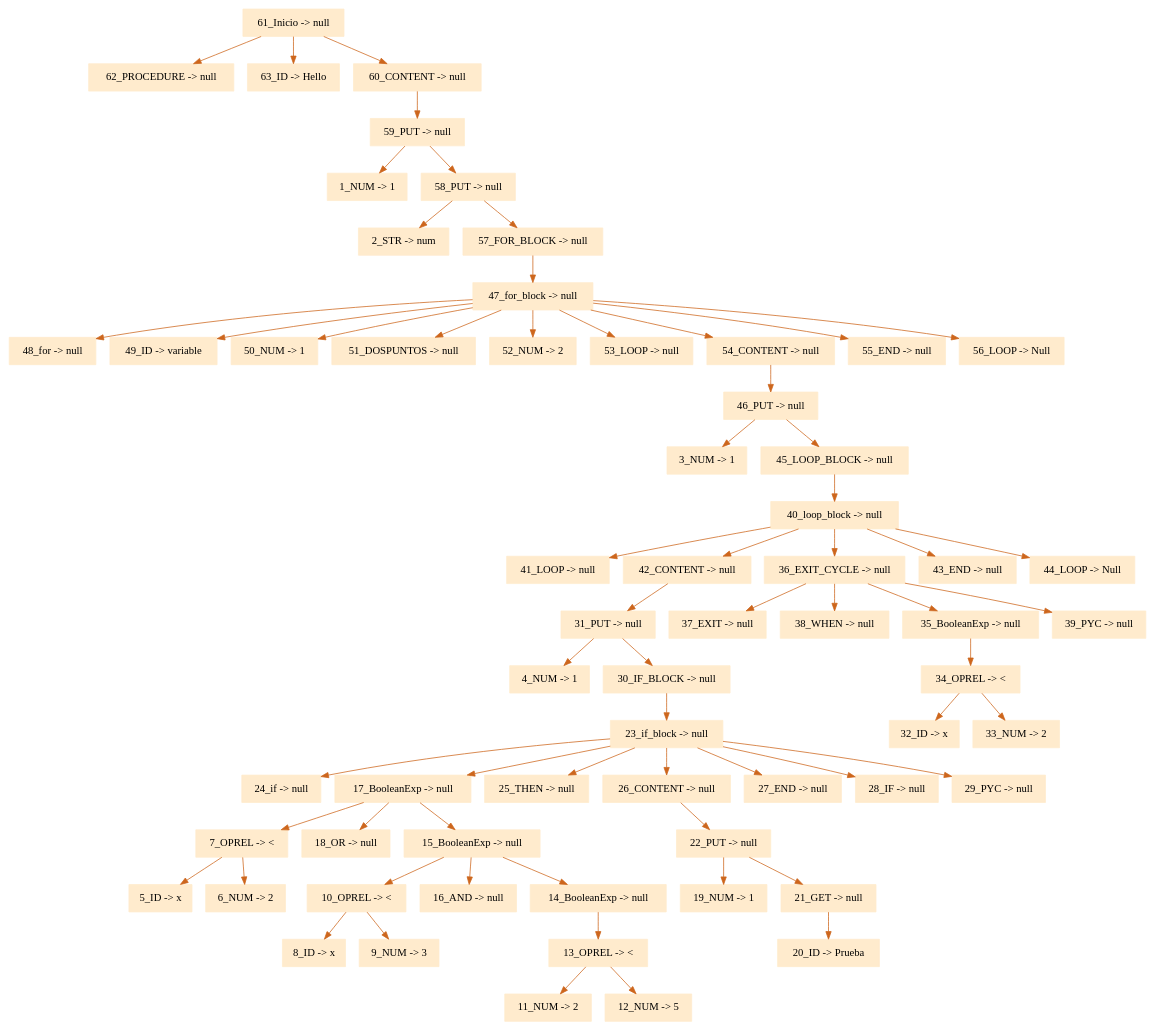
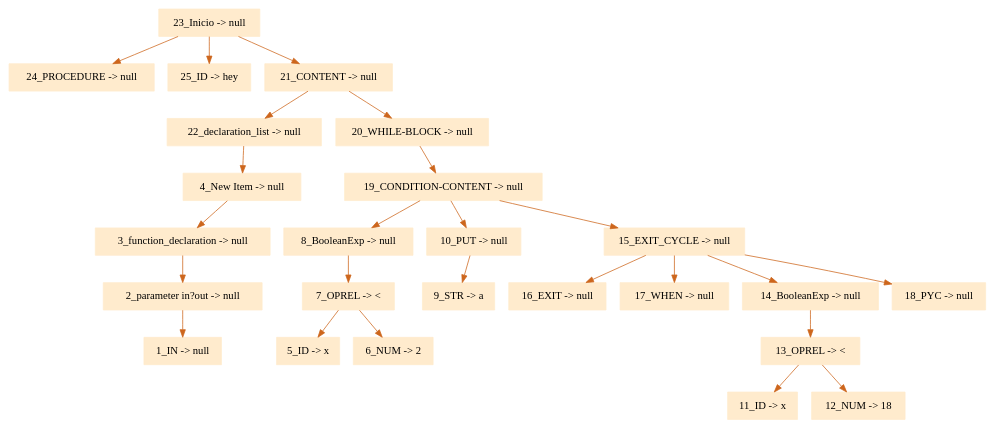
The diagram in CompiladorAda/arbol.dot (FranciscoPagoaga/Ada95-Compiler), drawn with Graphviz before and after one commit. The commit also changed 8 other files, not shown here.

Commit message:
variable_declaration avances en function

```diff
--- a/CompiladorAda/arbol.dot
+++ b/CompiladorAda/arbol.dot
@@ -1,67 +1,29 @@
 digraph G {node[shape=box, style=filled, color=blanchedalmond]; edge[color=chocolate3];rankdir=UD 
 
-"61_Inicio -> null"->"62_PROCEDURE -> null"
-"61_Inicio -> null"->"63_ID -> Hello"
-"61_Inicio -> null"->"60_CONTENT -> null"
-"60_CONTENT -> null"->"59_PUT -> null"
-"59_PUT -> null"->"1_NUM -> 1"
-"59_PUT -> null"->"58_PUT -> null"
-"58_PUT -> null"->"2_STR -> num"
-"58_PUT -> null"->"57_FOR_BLOCK -> null"
-"57_FOR_BLOCK -> null"->"47_for_block -> null"
-"47_for_block -> null"->"48_for -> null"
-"47_for_block -> null"->"49_ID -> variable"
-"47_for_block -> null"->"50_NUM -> 1"
-"47_for_block -> null"->"51_DOSPUNTOS -> null"
-"47_for_block -> null"->"52_NUM -> 2"
-"47_for_block -> null"->"53_LOOP -> null"
-"47_for_block -> null"->"54_CONTENT -> null"
-"54_CONTENT -> null"->"46_PUT -> null"
-"46_PUT -> null"->"3_NUM -> 1"
-"46_PUT -> null"->"45_LOOP_BLOCK -> null"
-"45_LOOP_BLOCK -> null"->"40_loop_block -> null"
-"40_loop_block -> null"->"41_LOOP -> null"
-"40_loop_block -> null"->"42_CONTENT -> null"
-"42_CONTENT -> null"->"31_PUT -> null"
-"31_PUT -> null"->"4_NUM -> 1"
-"31_PUT -> null"->"30_IF_BLOCK -> null"
-"30_IF_BLOCK -> null"->"23_if_block -> null"
-"23_if_block -> null"->"24_if -> null"
-"23_if_block -> null"->"17_BooleanExp -> null"
-"17_BooleanExp -> null"->"7_OPREL -> <"
+"23_Inicio -> null"->"24_PROCEDURE -> null"
+"23_Inicio -> null"->"25_ID -> hey"
+"23_Inicio -> null"->"21_CONTENT -> null"
+"21_CONTENT -> null"->"22_declaration_list -> null"
+"22_declaration_list -> null"->"4_New Item -> null"
+"4_New Item -> null"->"3_function_declaration -> null"
+"3_function_declaration -> null"->"2_parameter in?out -> null"
+"2_parameter in?out -> null"->"1_IN -> null"
+"21_CONTENT -> null"->"20_WHILE-BLOCK -> null"
+"20_WHILE-BLOCK -> null"->"19_CONDITION-CONTENT -> null"
+"19_CONDITION-CONTENT -> null"->"8_BooleanExp -> null"
+"8_BooleanExp -> null"->"7_OPREL -> <"
 "7_OPREL -> <"->"5_ID -> x"
 "7_OPREL -> <"->"6_NUM -> 2"
-"17_BooleanExp -> null"->"18_OR -> null"
-"17_BooleanExp -> null"->"15_BooleanExp -> null"
-"15_BooleanExp -> null"->"10_OPREL -> <"
-"10_OPREL -> <"->"8_ID -> x"
-"10_OPREL -> <"->"9_NUM -> 3"
-"15_BooleanExp -> null"->"16_AND -> null"
-"15_BooleanExp -> null"->"14_BooleanExp -> null"
+"19_CONDITION-CONTENT -> null"->"10_PUT -> null"
+"10_PUT -> null"->"9_STR -> a"
+"19_CONDITION-CONTENT -> null"->"15_EXIT_CYCLE -> null"
+"15_EXIT_CYCLE -> null"->"16_EXIT -> null"
+"15_EXIT_CYCLE -> null"->"17_WHEN -> null"
+"15_EXIT_CYCLE -> null"->"14_BooleanExp -> null"
 "14_BooleanExp -> null"->"13_OPREL -> <"
-"13_OPREL -> <"->"11_NUM -> 2"
-"13_OPREL -> <"->"12_NUM -> 5"
-"23_if_block -> null"->"25_THEN -> null"
-"23_if_block -> null"->"26_CONTENT -> null"
-"26_CONTENT -> null"->"22_PUT -> null"
-"22_PUT -> null"->"19_NUM -> 1"
-"22_PUT -> null"->"21_GET -> null"
-"21_GET -> null"->"20_ID -> Prueba"
-"23_if_block -> null"->"27_END -> null"
-"23_if_block -> null"->"28_IF -> null"
-"23_if_block -> null"->"29_PYC -> null"
-"40_loop_block -> null"->"36_EXIT_CYCLE -> null"
-"36_EXIT_CYCLE -> null"->"37_EXIT -> null"
-"36_EXIT_CYCLE -> null"->"38_WHEN -> null"
-"36_EXIT_CYCLE -> null"->"35_BooleanExp -> null"
-"35_BooleanExp -> null"->"34_OPREL -> <"
-"34_OPREL -> <"->"32_ID -> x"
-"34_OPREL -> <"->"33_NUM -> 2"
-"36_EXIT_CYCLE -> null"->"39_PYC -> null"
-"40_loop_block -> null"->"43_END -> null"
-"40_loop_block -> null"->"44_LOOP -> Null"
-"47_for_block -> null"->"55_END -> null"
-"47_for_block -> null"->"56_LOOP -> Null"
+"13_OPREL -> <"->"11_ID -> x"
+"13_OPREL -> <"->"12_NUM -> 18"
+"15_EXIT_CYCLE -> null"->"18_PYC -> null"
 
 
 }
```
